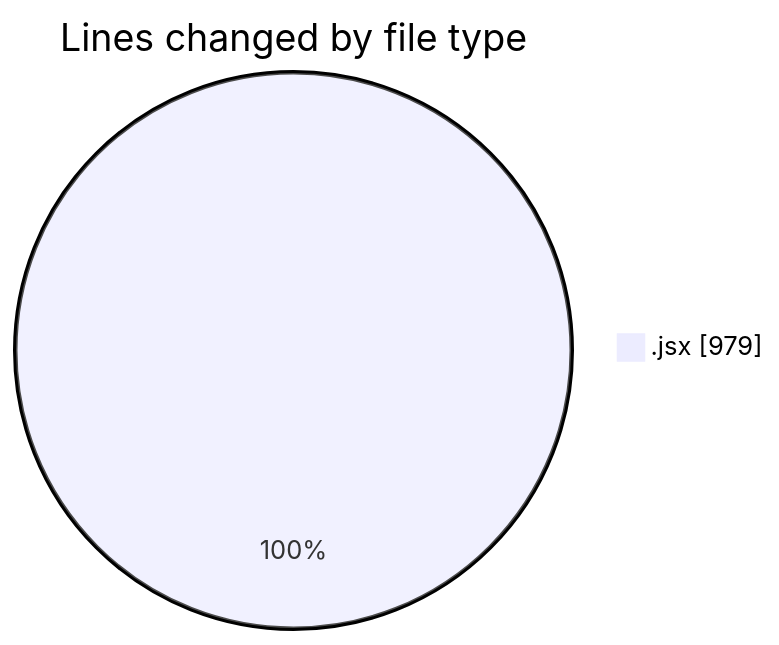
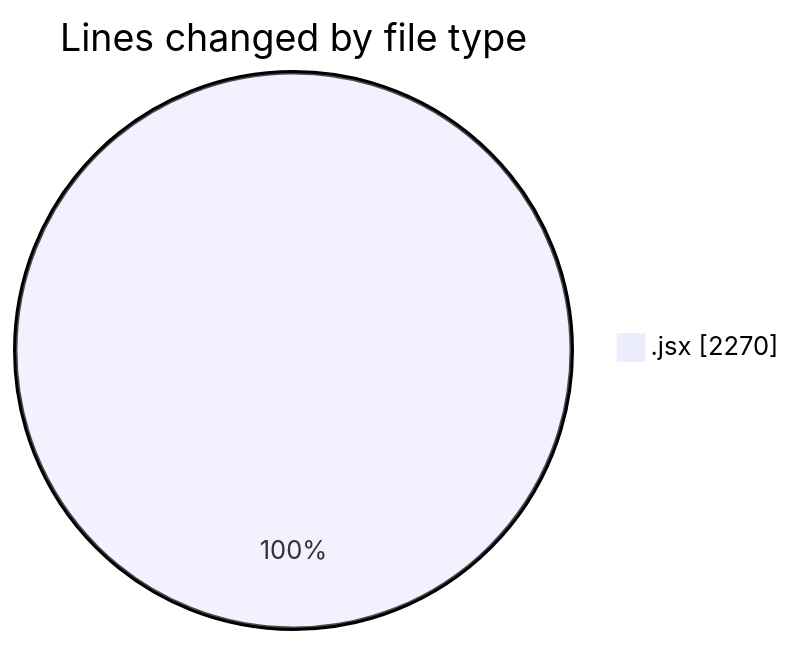
One commit to nxtqubesakshisongat/code-tracking changed the first of 2 diagrams in 2025-05-27/nxtqube_webapp/README.md. Above: the diagram before and after it, drawn with Mermaid. The commit also changed other lines of this file and 1 other file, not shown here.

````diff
--- a/2025-05-27/nxtqube_webapp/README.md
+++ b/2025-05-27/nxtqube_webapp/README.md
@@ -21,5 +21,5 @@
 ```mermaid
 pie showData
 title Lines changed by file type
-".jsx" : 979
+".jsx" : 2270
 ```
````
